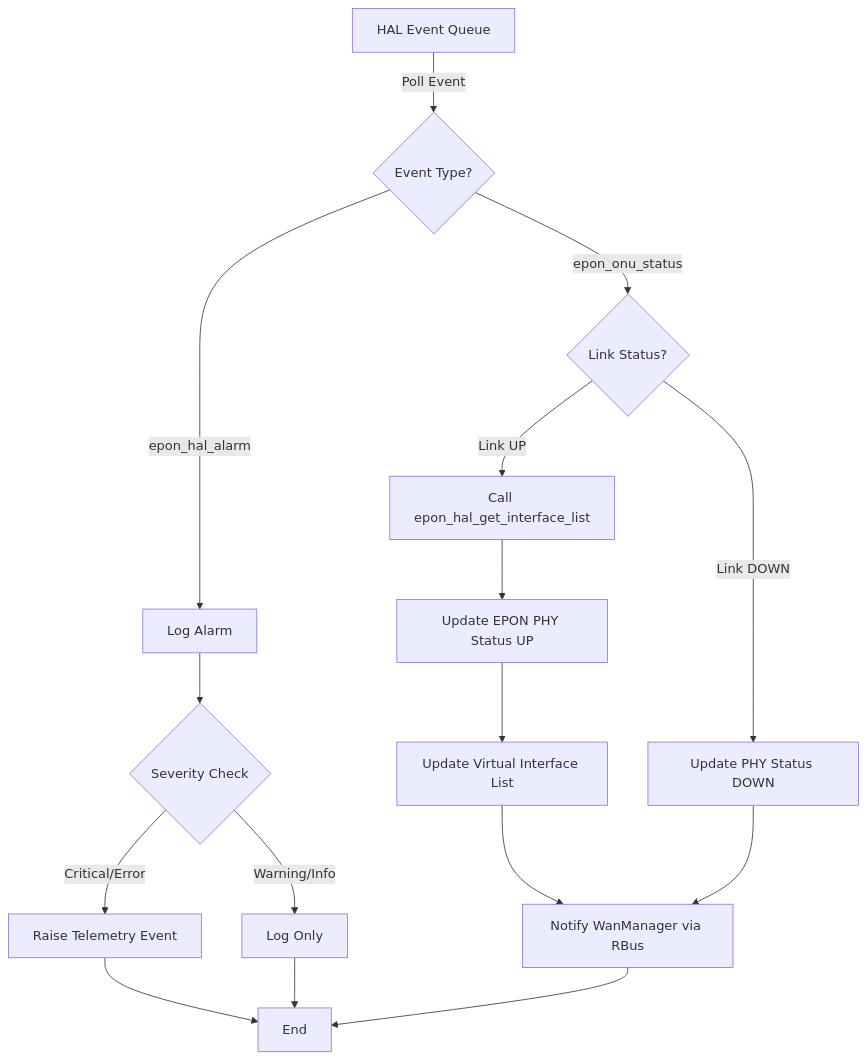
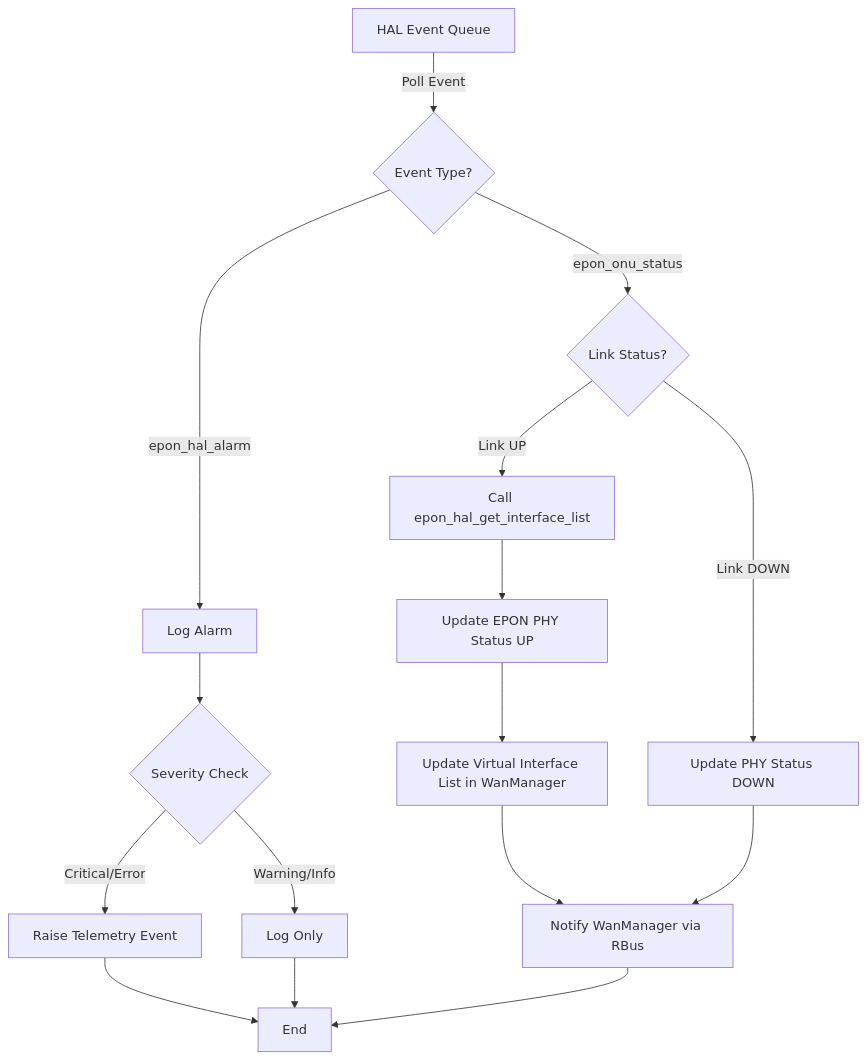
Before and after one commit to rdkcentral/epon-manager: the first of 4 diagrams in design_docs/03_Component_Design.md, drawn with Mermaid. The commit also changed other lines of this file and 5 other files, not shown here.

Commit message:
Refactor architecture and component design documentation; add configuration details and remove obsolete data flow section

````diff
--- a/design_docs/03_Component_Design.md
+++ b/design_docs/03_Component_Design.md
@@ -51,23 +52,23 @@
 ```mermaid
 flowchart TD
     A[HAL Event Queue] -->|Poll Event| B{Event Type?}
     B -->|epon_onu_status| C{Link Status?}
     B -->|epon_hal_alarm| D[Log Alarm]
     
     C -->|Link UP| E[Call epon_hal_get_interface_list]
     C -->|Link DOWN| F[Update PHY Status DOWN]
     
     E --> G[Update EPON PHY Status UP]
-    G --> H[Update Virtual Interface List]
+    G --> H[Update Virtual Interface List in WanManager]
     H --> I[Notify WanManager via RBus]
     
     F --> I
     
     D --> J{Severity Check}
     J -->|Critical/Error| K[Raise Telemetry Event]
     J -->|Warning/Info| L[Log Only]
     
     K --> M[End]
     L --> M
     I --> M
 ```
````
